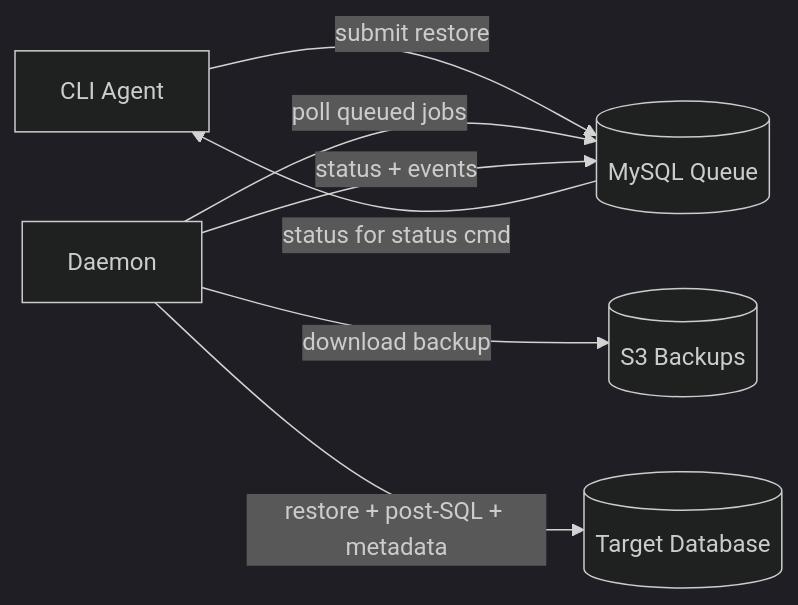
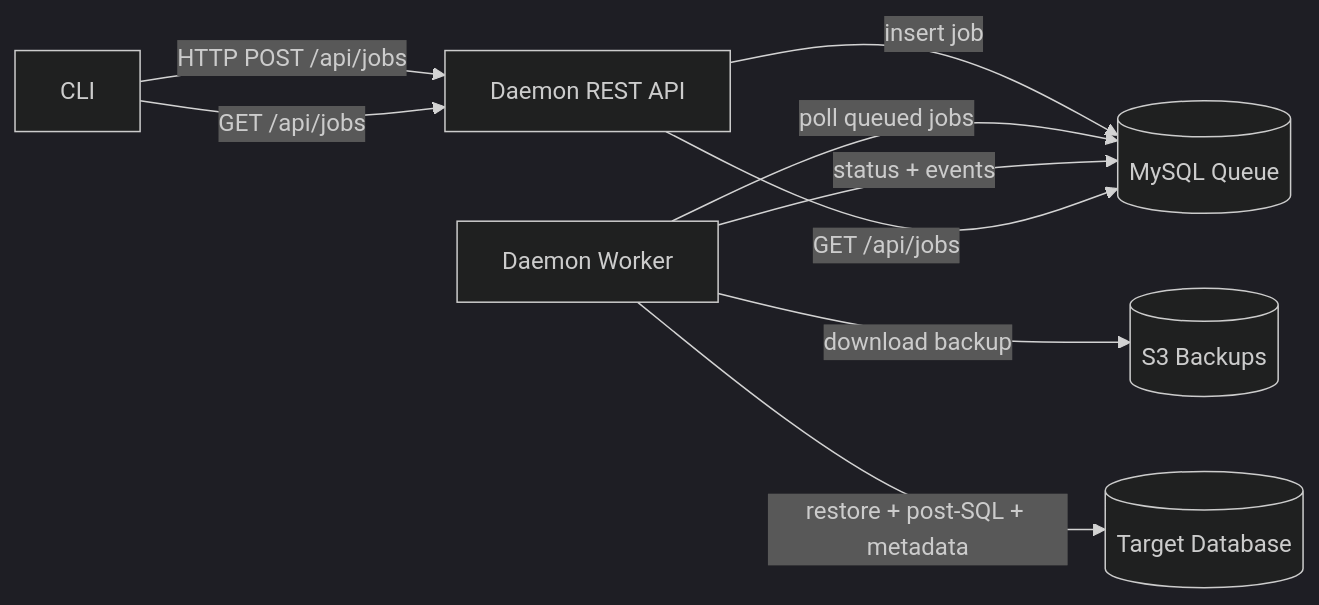
Before and after one commit to CharlesHandshy/pullDB: the fifth of 6 diagrams in README.md, drawn with Mermaid (dark theme). The commit also changed other lines of this file and 27 other files, not shown here.

````diff
--- a/README.md
+++ b/README.md
@@ -381,9 +395,11 @@
 ```mermaid
 flowchart LR
-  CLI["CLI Agent"] -->|submit restore| MySQL[(MySQL Queue)]
-  Daemon["Daemon"] -->|poll queued jobs| MySQL
-  Daemon -->|download backup| S3[(S3 Backups)]
-  Daemon -->|restore + post-SQL + metadata| DevDB[(Target Database)]
-  Daemon -->|status + events| MySQL
-  MySQL -->|status for status cmd| CLI
+  CLI["CLI"] -->|HTTP POST /api/jobs| API["Daemon REST API"]
+  API -->|insert job| MySQL[(MySQL Queue)]
+  Worker["Daemon Worker"] -->|poll queued jobs| MySQL
+  Worker -->|download backup| S3[(S3 Backups)]
+  Worker -->|restore + post-SQL + metadata| DevDB[(Target Database)]
+  Worker -->|status + events| MySQL
+  API -->|GET /api/jobs| MySQL
+  CLI -->|GET /api/jobs| API
 ```
````
